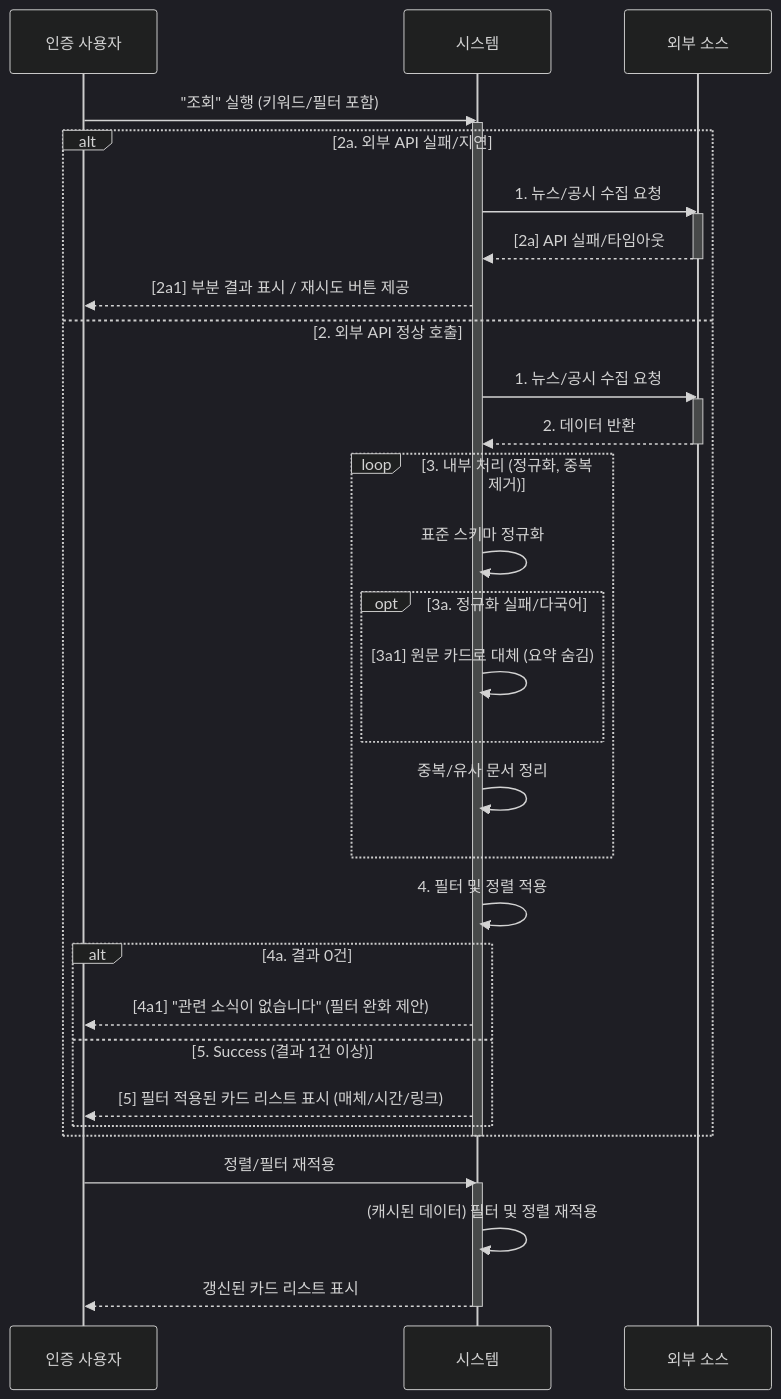
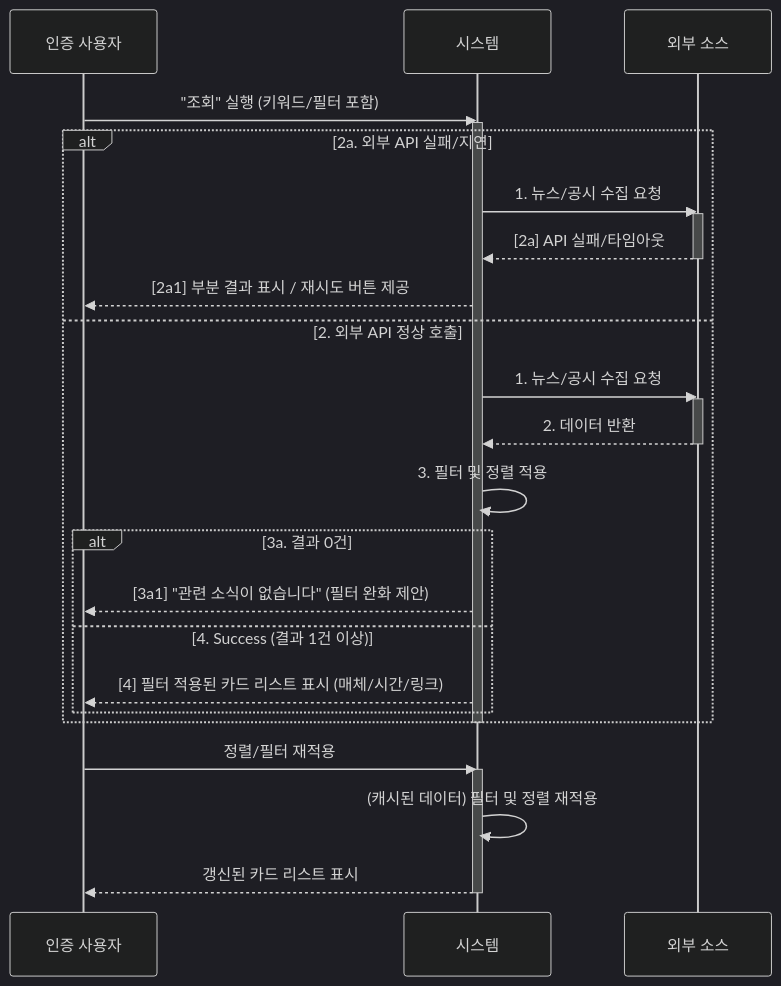
One commit to YU-SoftwareEng/AlphaBot changed diagram 11 of 17 in 문서/SDS/SDS_[Alphabot]_4_SequenceDiagram.md. Above: the diagram before and after it, drawn with Mermaid (dark theme). The commit also changed other lines of this file and 2 other files, not shown here.

Commit message:
refact:문서 수정

````diff
--- a/문서/SDS/SDS_[Alphabot]_4_SequenceDiagram.md
+++ b/문서/SDS/SDS_[Alphabot]_4_SequenceDiagram.md
@@ -335,47 +333,39 @@
 ```mermaid
 sequenceDiagram
     participant User as 인증 사용자
     participant System as 시스템
     participant ExternalSources as 외부 소스
 
     %% === 1. Main Flow: 최초 조회 ===
     User->>System: "조회" 실행 (키워드/필터 포함)
     activate System
 
     alt 2a. 외부 API 실패/지연
         System->>ExternalSources: 1. 뉴스/공시 수집 요청
         activate ExternalSources
         ExternalSources-->>System: [2a] API 실패/타임아웃
         deactivate ExternalSources
         System-->>User: [2a1] 부분 결과 표시 / 재시도 버튼 제공
     else 2. 외부 API 정상 호출
         System->>ExternalSources: 1. 뉴스/공시 수집 요청
         activate ExternalSources
         ExternalSources-->>System: 2. 데이터 반환
         deactivate ExternalSources
 
-        loop 3. 내부 처리 (정규화, 중복 제거)
-            System->>System: 표준 스키마 정규화
-            opt 3a. 정규화 실패/다국어
-                System->>System: [3a1] 원문 카드로 대체 (요약 숨김)
-            end
-            System->>System: 중복/유사 문서 정리
-        end
+        System->>System: 3. 필터 및 정렬 적용
 
-        System->>System: 4. 필터 및 정렬 적용
-
-        alt 4a. 결과 0건
-            System-->>User: [4a1] "관련 소식이 없습니다" (필터 완화 제안)
-        else 5. Success (결과 1건 이상)
-            System-->>User: [5] 필터 적용된 카드 리스트 표시 (매체/시간/링크)
+        alt 3a. 결과 0건
+            System-->>User: [3a1] "관련 소식이 없습니다" (필터 완화 제안)
+        else 4. Success (결과 1건 이상)
+            System-->>User: [4] 필터 적용된 카드 리스트 표시 (매체/시간/링크)
         end
     end
     deactivate System
 
     %% --- 5. Post Condition: 후속 상호작용 (필터/정렬 변경) ---
     User->>System: 정렬/필터 재적용
     activate System
     System->>System: (캐시된 데이터) 필터 및 정렬 재적용
     System-->>User: 갱신된 카드 리스트 표시
     deactivate System
 ```
````
